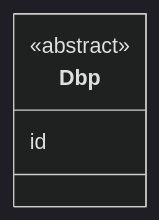
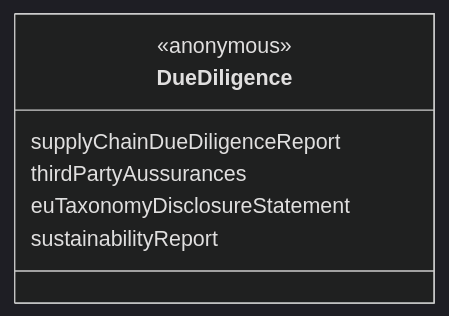
The eighth of 8 diagrams in docs/contexts/dbp/vocabulary.md (spherity/dpp-vocabulary), drawn with Mermaid (dark theme) before and after one commit. The commit also changed other lines of this file and 2 other files, not shown here.

Commit message:
feat: information model of DBP

````diff
--- a/docs/contexts/dbp/vocabulary.md
+++ b/docs/contexts/dbp/vocabulary.md
@@ -19,8 +368,10 @@
 ```mermaid
 classDiagram
-
-    class Dbp{
-        <<abstract>>
-        id
+    class DueDiligence{
+        <<anonymous>>
+        supplyChainDueDiligenceReport
+        thirdPartyAussurances
+        euTaxonomyDisclosureStatement
+        sustainabilityReport
     }
 ```
````
